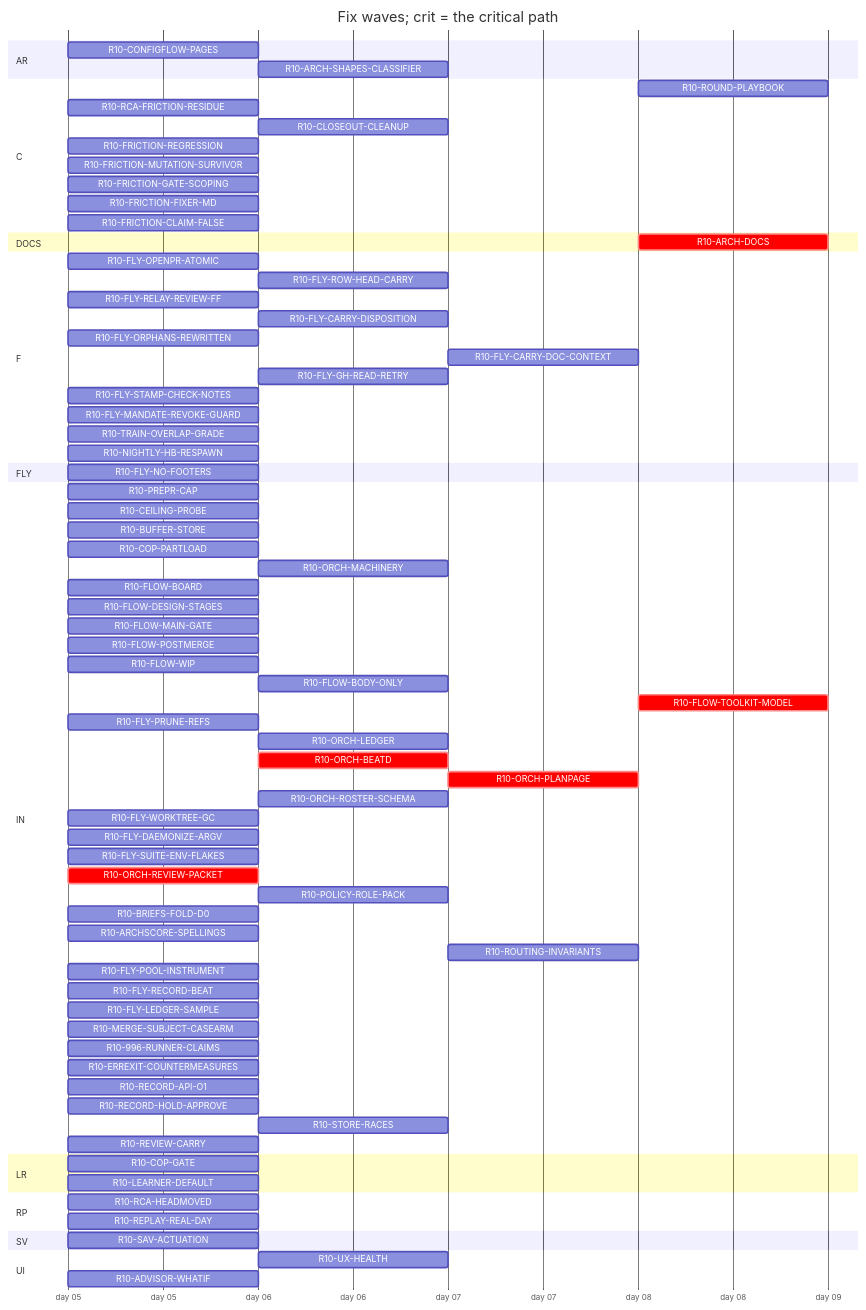
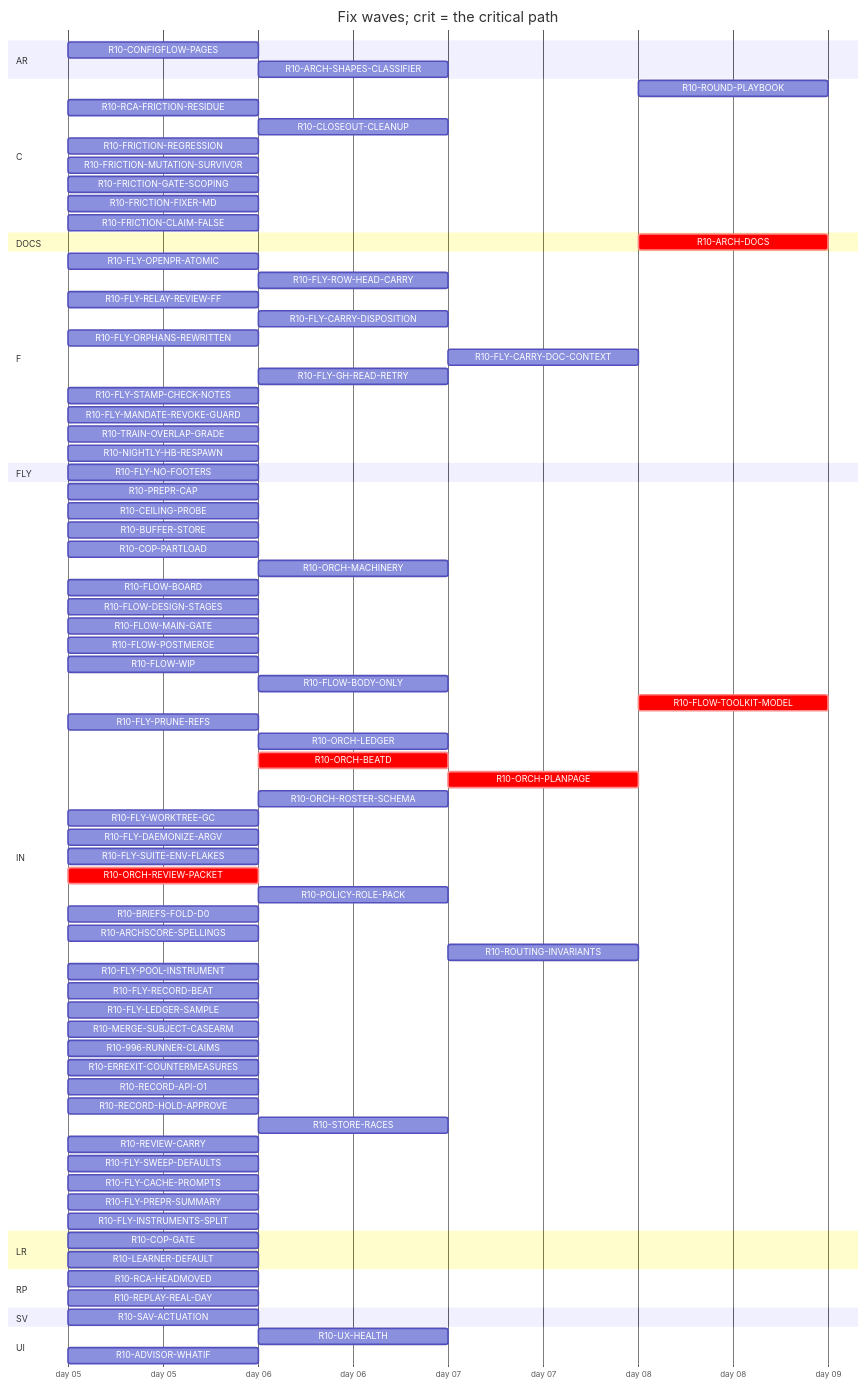
Before and after one commit to tvofi/heatpump_optimizer: the diagram in handoff/round10/state/PLAN-TABLE.md, drawn with Mermaid. The commit also changed other lines of this file and 3 other files, not shown here.

Commit message:
state: FLOW-BOARD.md, NEXT-SESSION-PROMPT.md, PLAN-TABLE.md, RESUME-CURRENT.md regenerated (state_docs.py)

```diff
--- a/handoff/round10/state/PLAN-TABLE.md
+++ b/handoff/round10/state/PLAN-TABLE.md
@@ -89,6 +89,10 @@
     R10-RECORD-HOLD-APPROVE :r10RECORDHOLDAPPROVE, 2026-01-05, 1d
     R10-STORE-RACES :r10STORERACES, after r10BUFFERSTORE, 1d
     R10-REVIEW-CARRY :r10REVIEWCARRY, 2026-01-05, 1d
+    R10-FLY-SWEEP-DEFAULTS :r10FLYSWEEPDEFAULTS, 2026-01-05, 1d
+    R10-FLY-CACHE-PROMPTS :r10FLYCACHEPROMPTS, 2026-01-05, 1d
+    R10-FLY-PREPR-SUMMARY :r10FLYPREPRSUMMARY, 2026-01-05, 1d
+    R10-FLY-INSTRUMENTS-SPLIT :r10FLYINSTRUMENTSSPLIT, 2026-01-05, 1d
   section LR
     R10-COP-GATE :r10COPGATE, 2026-01-05, 1d
     R10-LEARNER-DEFAULT :r10LEARNERDEFAULT, 2026-01-05, 1d
```
